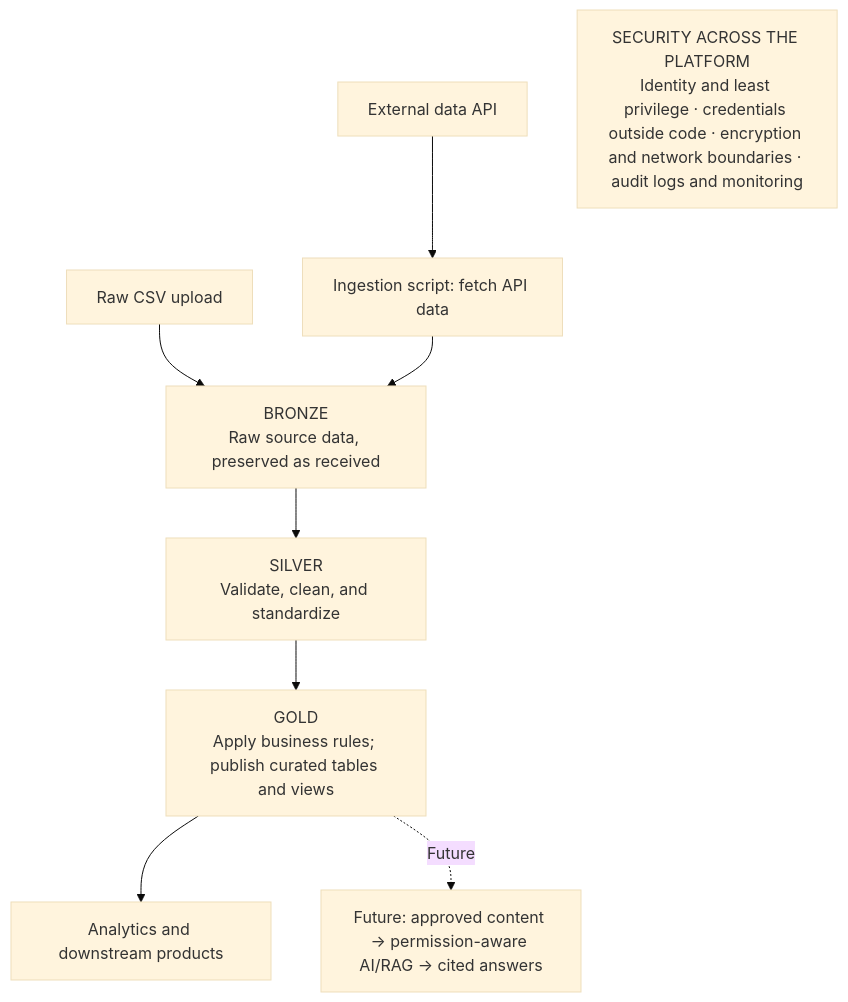
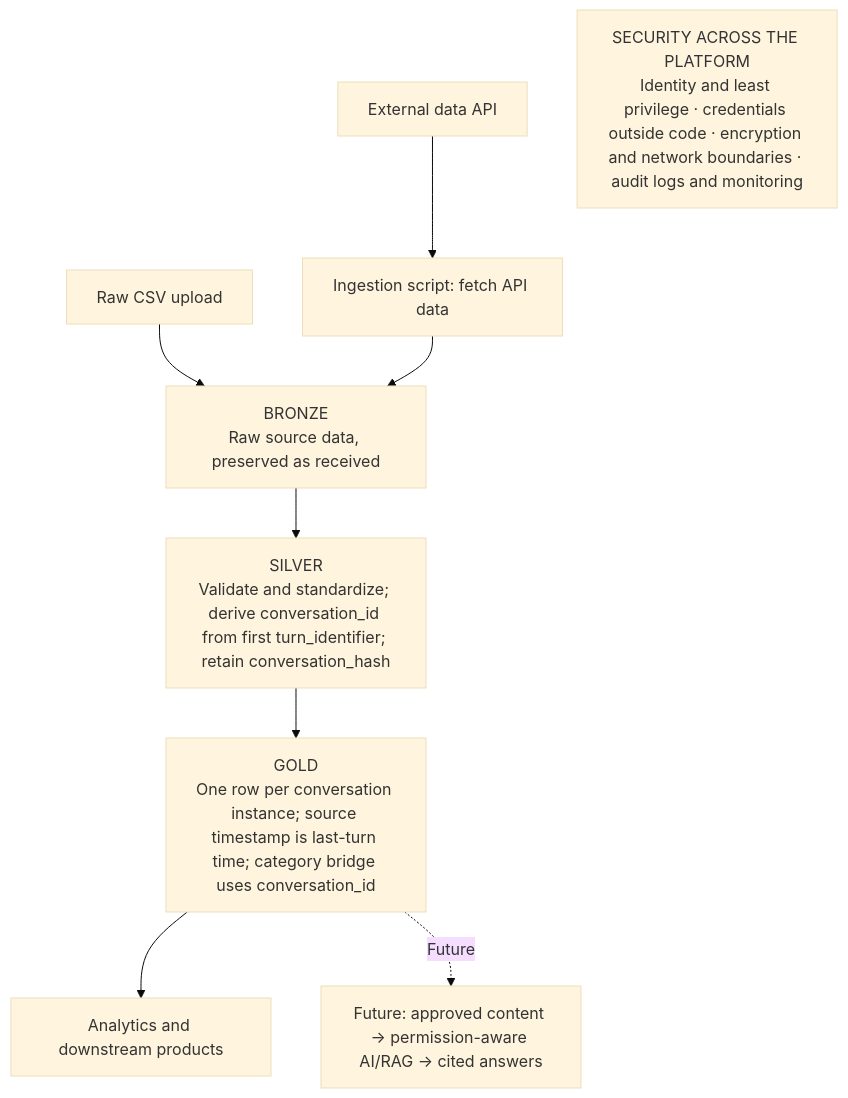
One commit to brian-amado/secure-ai-data-platform changed the first of 2 diagrams in architecture/README.md. Above: the diagram before and after it, drawn with Mermaid (base theme). The commit also changed other lines of this file and 5 other files, not shown here.

````diff
--- a/architecture/README.md
+++ b/architecture/README.md
@@ -9,13 +9,13 @@
 ```mermaid
 flowchart TD
     API[External data API] --> Ingest["Ingestion script: fetch API data"]
     CSV[Raw CSV upload] --> Bronze
     Ingest --> Bronze["BRONZE<br/>Raw source data, preserved as received"]
-    Bronze --> Silver["SILVER<br/>Validate, clean, and standardize"]
-    Silver --> Gold["GOLD<br/>Apply business rules; publish curated tables and views"]
+    Bronze --> Silver["SILVER<br/>Validate and standardize; derive conversation_id from first turn_identifier; retain conversation_hash"]
+    Silver --> Gold["GOLD<br/>One row per conversation instance; source timestamp is last-turn time; category bridge uses conversation_id"]
     Gold --> Consumers[Analytics and downstream products]
 
     Gold -. Future .-> AIRAG["Future: approved content → permission-aware AI/RAG → cited answers"]
 
     Controls["SECURITY ACROSS THE PLATFORM<br/>Identity and least privilege · credentials outside code · encryption and network boundaries · audit logs and monitoring"]
 ```
````
